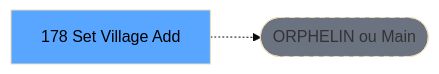
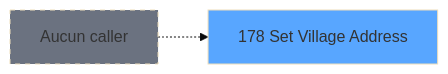
One commit to thonyAGP/lecteur-magic changed the second of 3 diagrams in .openspec/specs/ADH-IDE-178.md. Above: the diagram before and after it, drawn with Mermaid (base theme). The commit also changed other lines of this file and 96 other files, not shown here.

````diff
--- a/.openspec/specs/ADH-IDE-178.md
+++ b/.openspec/specs/ADH-IDE-178.md
@@ -117,8 +133,8 @@
 ```mermaid
 graph LR
-    T[178 Set Village Add]
-    ORPHAN([ORPHELIN ou Main])
-    T -.-> ORPHAN
-    style T fill:#58a6ff,color:#000
-    style ORPHAN fill:#6b7280,stroke-dasharray: 5 5
+    T178[178 Set Village Address]
+    style T178 fill:#58a6ff
+    NONE[Aucun caller]
+    NONE -.-> T178
+    style NONE fill:#6b7280,stroke-dasharray: 5 5
 ```
````
